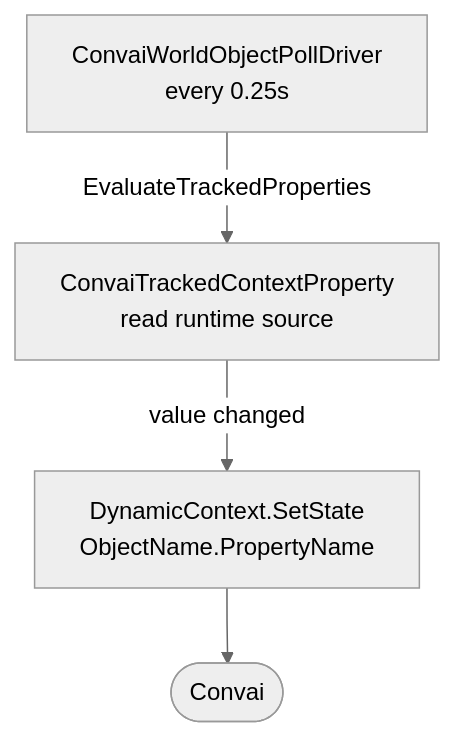
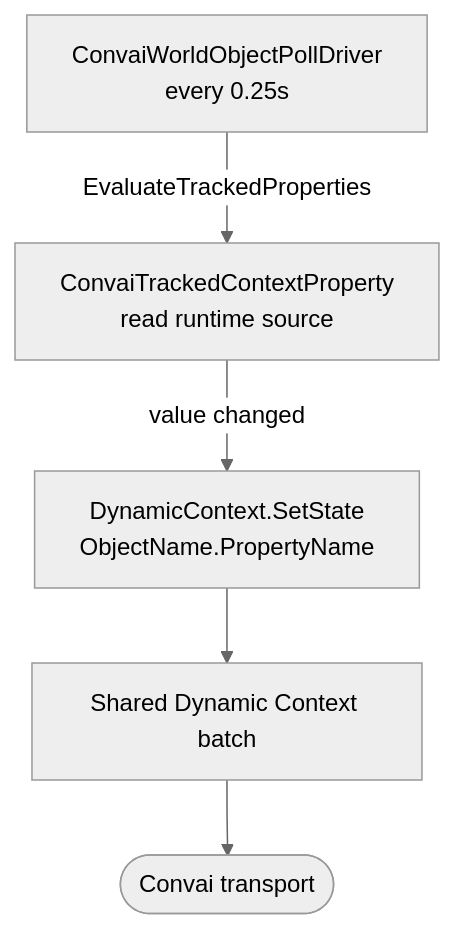
The second of 2 diagrams in plugins-and-integrations/convai-unity-sdk/features/scene-metadata/how-scene-metadata-works.md (Conv-AI/Convai-Documentation), drawn with Mermaid (neutral theme) before and after one commit. The commit also changed other lines of this file and 118 other files, not shown here.

````diff
--- a/plugins-and-integrations/convai-unity-sdk/features/scene-metadata/how-scene-metadata-works.md
+++ b/plugins-and-integrations/convai-unity-sdk/features/scene-metadata/how-scene-metadata-works.md
@@ -40,6 +40,7 @@
 ```mermaid
 flowchart TD
     A[ConvaiWorldObjectPollDriver\nevery 0.25s] -->|EvaluateTrackedProperties| B[ConvaiTrackedContextProperty\nread runtime source]
     B -->|value changed| C[DynamicContext.SetState\nObjectName.PropertyName]
-    C --> D([Convai])
+    C --> D[Shared Dynamic Context batch]
+    D --> E([Convai transport])
 ```
````
